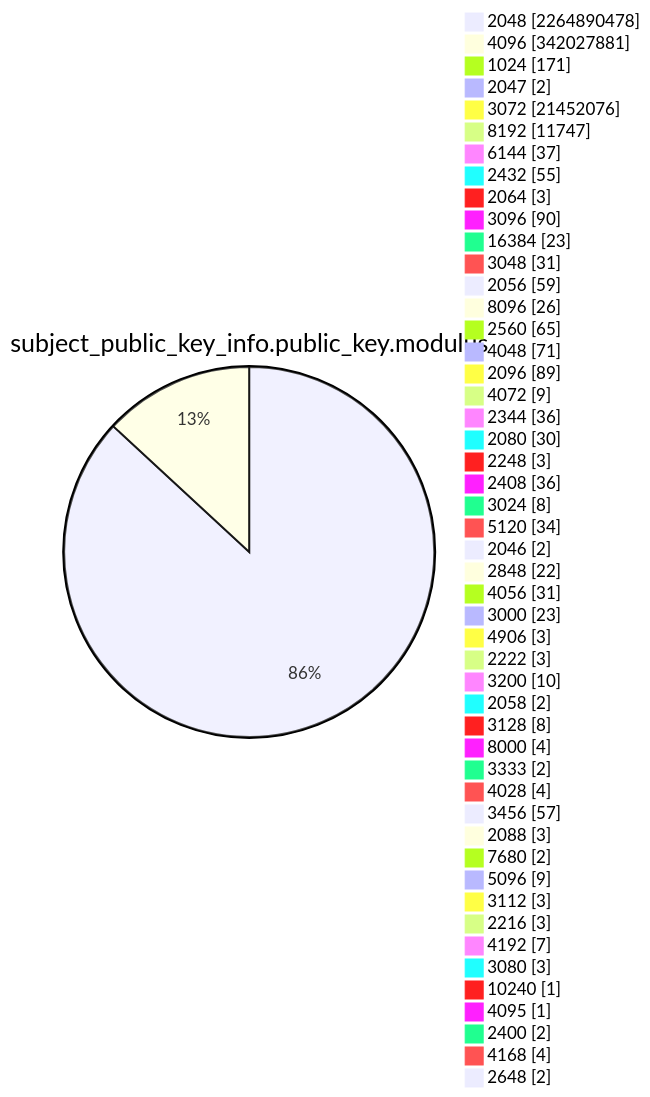
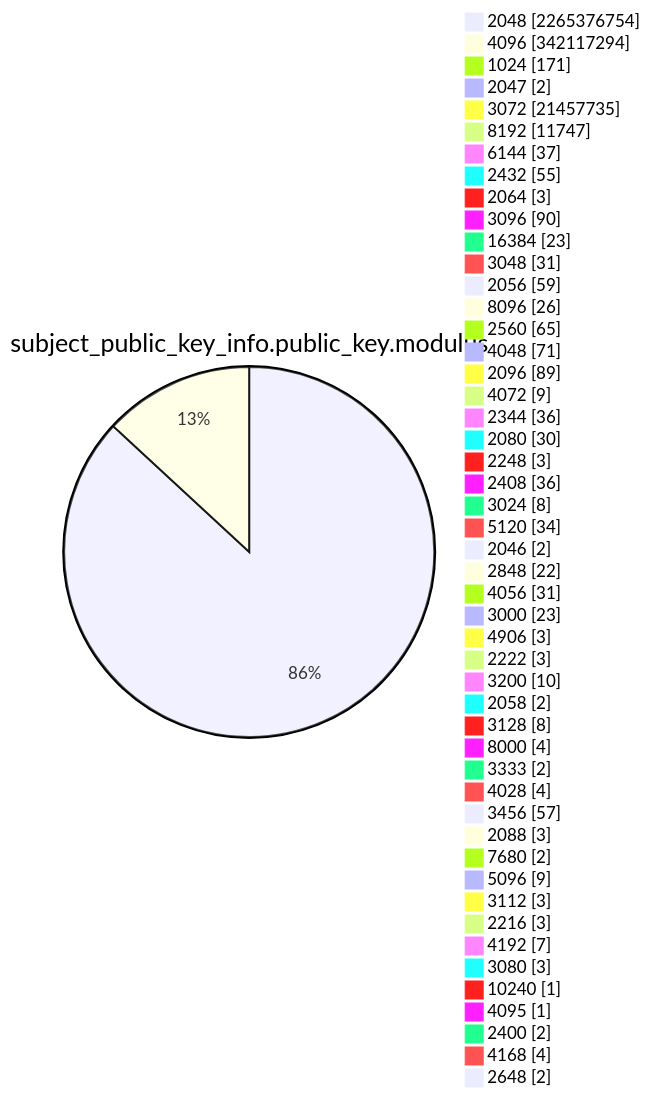
One commit to christiankrug/ctmonitor_visualization changed diagram 13 of 15 in TOTAL/README.md. Above: the diagram before and after it, drawn with Mermaid. The commit also changed other lines of this file, not shown here.

````diff
--- a/TOTAL/README.md
+++ b/TOTAL/README.md
@@ -4165,53 +4165,53 @@
 ```mermaid
 pie showData
 title subject_public_key_info.public_key.modulus
-"2048" :2264890478
-"4096" :342027881
+"2048" :2265376754
+"4096" :342117294
 "1024" :171
 "2047" :2
-"3072" :21452076
+"3072" :21457735
 "8192" :11747
 "6144" :37
 "2432" :55
 "2064" :3
 "3096" :90
 "16384" :23
 "3048" :31
 "2056" :59
 "8096" :26
 "2560" :65
 "4048" :71
 "2096" :89
 "4072" :9
 "2344" :36
 "2080" :30
 "2248" :3
 "2408" :36
 "3024" :8
 "5120" :34
 "2046" :2
 "2848" :22
 "4056" :31
 "3000" :23
 "4906" :3
 "2222" :3
 "3200" :10
 "2058" :2
 "3128" :8
 "8000" :4
 "3333" :2
 "4028" :4
 "3456" :57
 "2088" :3
 "7680" :2
 "5096" :9
 "3112" :3
 "2216" :3
 "4192" :7
 "3080" :3
 "10240" :1
 "4095" :1
 "2400" :2
 "4168" :4
 "2648" :2
 ```
````
